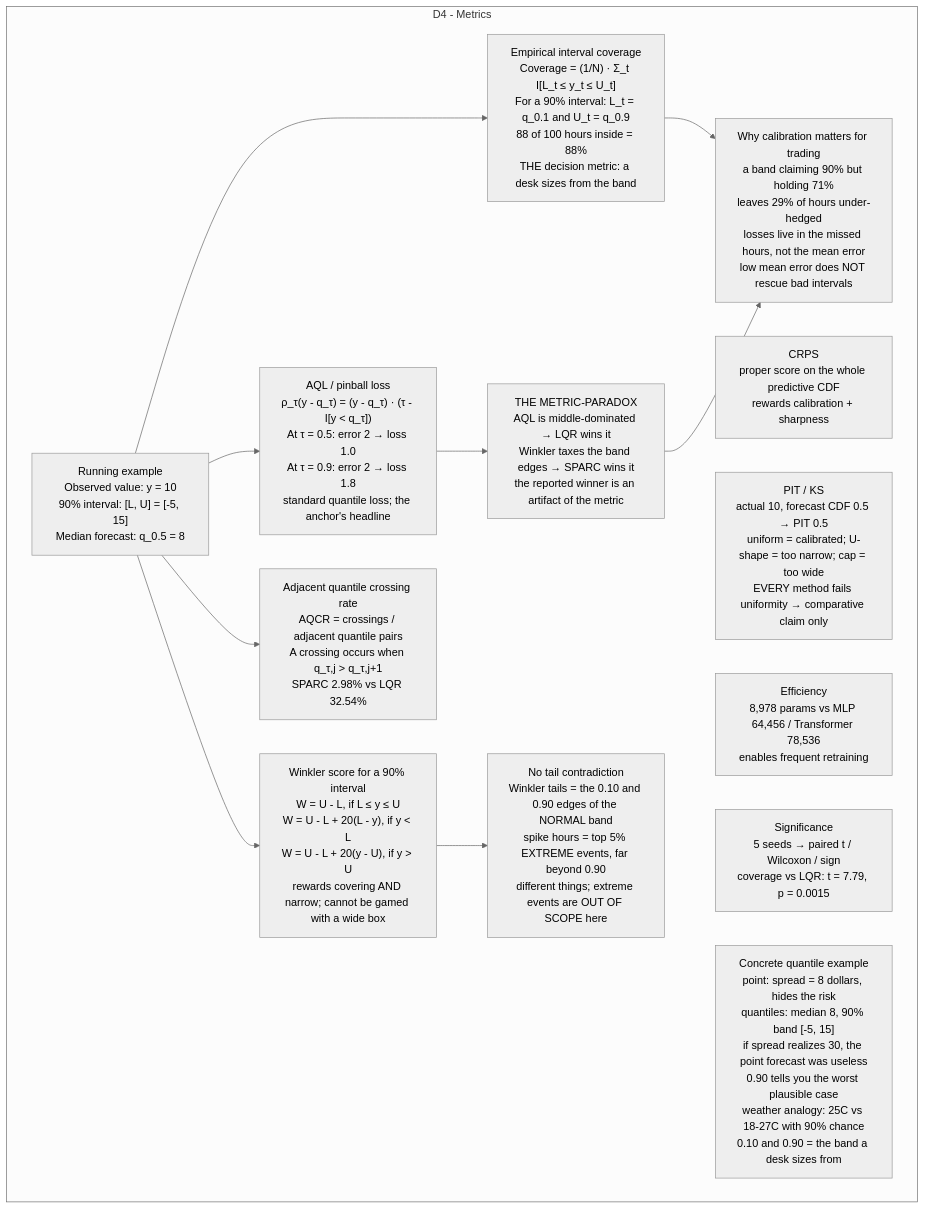
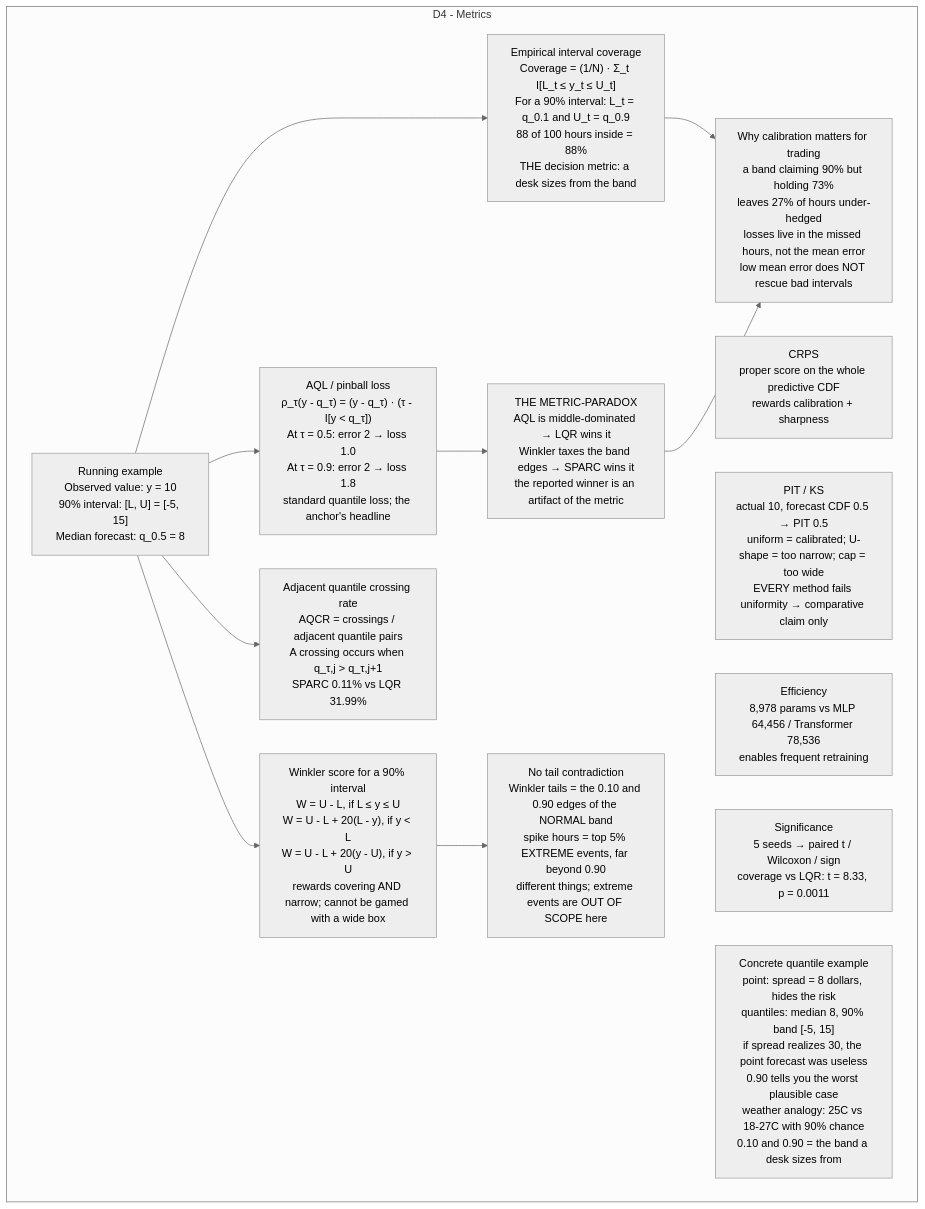
The diagram in docs/explanation/07-sparc-full-05-G_D4.mmd (L1ZLe/ercot-casp-paper), drawn with Mermaid (neutral theme) before and after one commit. The commit also changed 41 other files, not shown here.

```diff
--- a/docs/explanation/07-sparc-full-05-G_D4.mmd
+++ b/docs/explanation/07-sparc-full-05-G_D4.mmd
@@ -1,20 +1,20 @@
 flowchart TD
 subgraph G_D4["D4 - Metrics"]
     EX_D4["Running example<br/>Observed value: y = 10<br/>90% interval: [L, U] = [-5, 15]<br/>Median forecast: q_0.5 = 8"] --> AQL
     EX_D4 --> COV
     EX_D4 --> WINK
     EX_D4 --> AQCR
     AQL["AQL / pinball loss<br/>ρ_τ(y - q_τ) = (y - q_τ) · (τ - I[y &lt; q_τ])<br/>At τ = 0.5: error 2 → loss 1.0<br/>At τ = 0.9: error 2 → loss 1.8<br/>standard quantile loss; the anchor's headline"]
     COV["Empirical interval coverage<br/>Coverage = (1/N) · Σ_t I[L_t ≤ y_t ≤ U_t]<br/>For a 90% interval: L_t = q_0.1 and U_t = q_0.9<br/>88 of 100 hours inside = 88%<br/>THE decision metric: a desk sizes from the band"]
     WINK["Winkler score for a 90% interval<br/>W = U - L, if L ≤ y ≤ U<br/>W = U - L + 20(L - y), if y &lt; L<br/>W = U - L + 20(y - U), if y &gt; U<br/>rewards covering AND narrow; cannot be gamed with a wide box"]
-    AQCR["Adjacent quantile crossing rate<br/>AQCR = crossings / adjacent quantile pairs<br/>A crossing occurs when q_τ,j &gt; q_τ,j+1<br/>SPARC 2.98% vs LQR 32.54%"]
+    AQCR["Adjacent quantile crossing rate<br/>AQCR = crossings / adjacent quantile pairs<br/>A crossing occurs when q_τ,j &gt; q_τ,j+1<br/>SPARC 0.11% vs LQR 31.99%"]
     CRPS["CRPS<br/>proper score on the whole predictive CDF<br/>rewards calibration + sharpness"]
     PIT["PIT / KS<br/>actual 10, forecast CDF 0.5 → PIT 0.5<br/>uniform = calibrated; U-shape = too narrow; cap = too wide<br/>EVERY method fails uniformity → comparative claim only"]
     EFF["Efficiency<br/>8,978 params vs MLP 64,456 / Transformer 78,536<br/>enables frequent retraining"]
-    SIG["Significance<br/>5 seeds → paired t / Wilcoxon / sign<br/>coverage vs LQR: t = 7.79, p = 0.0015"]
+    SIG["Significance<br/>5 seeds → paired t / Wilcoxon / sign<br/>coverage vs LQR: t = 8.33, p = 0.0011"]
     QUANT["Concrete quantile example<br/>point: spread = 8 dollars, hides the risk<br/>quantiles: median 8, 90% band [-5, 15]<br/>if spread realizes 30, the point forecast was useless<br/>0.90 tells you the worst plausible case<br/>weather analogy: 25C vs 18-27C with 90% chance<br/>0.10 and 0.90 = the band a desk sizes from"]
     AQL --> PARADOX["THE METRIC-PARADOX<br/>AQL is middle-dominated → LQR wins it<br/>Winkler taxes the band edges → SPARC wins it<br/>the reported winner is an artifact of the metric"]
-    COV --> TRADE["Why calibration matters for trading<br/>a band claiming 90% but holding 71%<br/>leaves 29% of hours under-hedged<br/>losses live in the missed hours, not the mean error<br/>low mean error does NOT rescue bad intervals"]
+    COV --> TRADE["Why calibration matters for trading<br/>a band claiming 90% but holding 73%<br/>leaves 27% of hours under-hedged<br/>losses live in the missed hours, not the mean error<br/>low mean error does NOT rescue bad intervals"]
     PARADOX --> TRADE
     WINK --> TAILNOTE["No tail contradiction<br/>Winkler tails = the 0.10 and 0.90 edges of the NORMAL band<br/>spike hours = top 5% EXTREME events, far beyond 0.90<br/>different things; extreme events are OUT OF SCOPE here"]
   end
```
